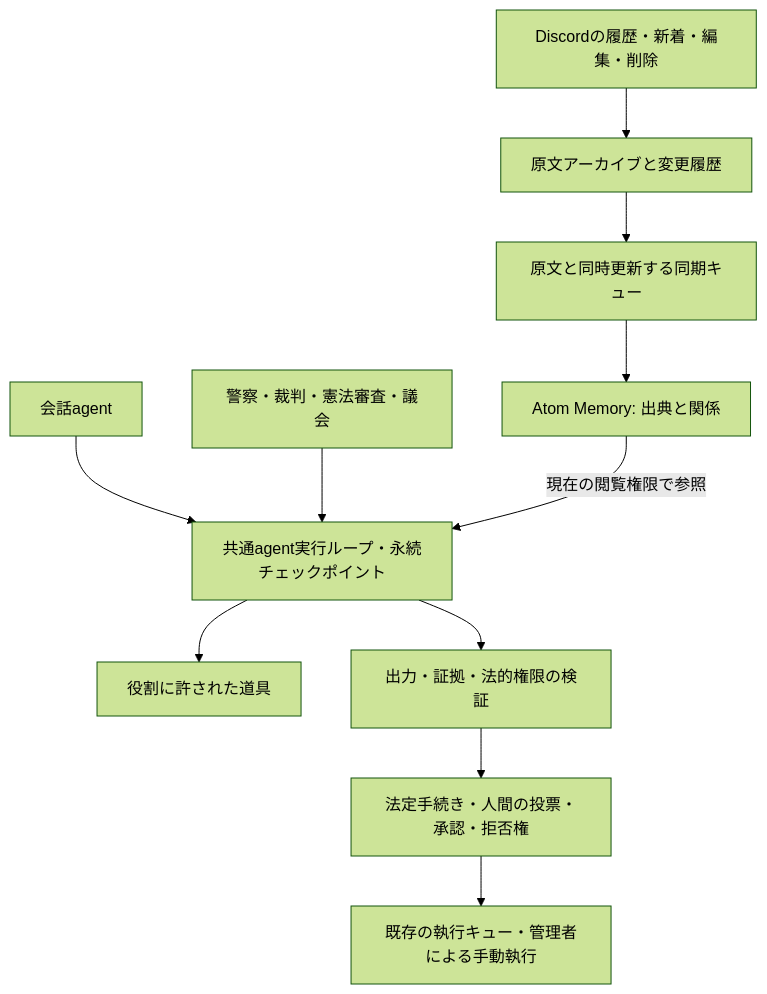
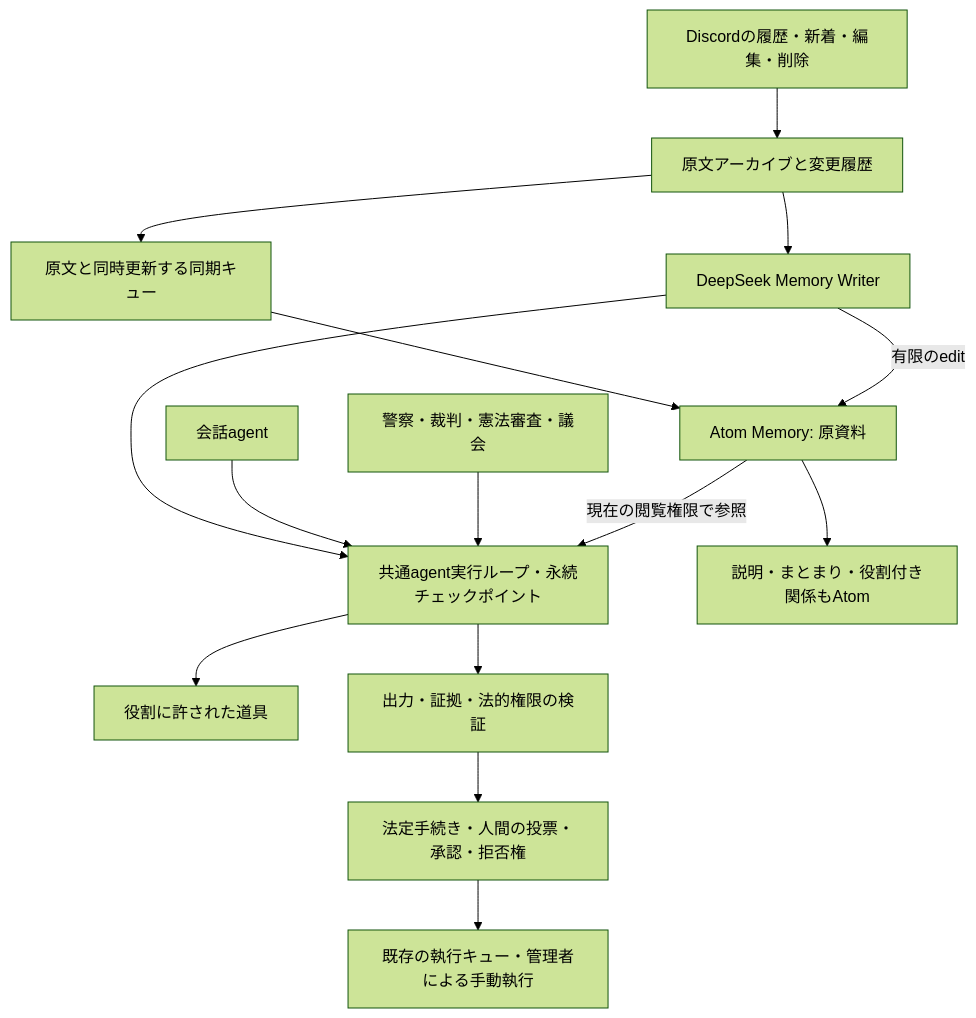
One commit to tako0614/sakana changed the diagram in docs/agent-architecture.md. Above: the diagram before and after it, drawn with Mermaid (forest theme). The commit also changed other lines of this file and 13 other files, not shown here.

Commit message:
feat: organize conversations with a shared DeepSeek Atom writer

````diff
--- a/docs/agent-architecture.md
+++ b/docs/agent-architecture.md
@@ -5,13 +5,17 @@
 ```mermaid
 flowchart TD
   Discord[Discordの履歴・新着・編集・削除] --> Archive[原文アーカイブと変更履歴]
   Archive --> Queue[原文と同時更新する同期キュー]
-  Queue --> Atom[Atom Memory: 出典と関係]
+  Queue --> Atom[Atom Memory: 原資料]
+  Archive --> Writer[DeepSeek Memory Writer]
+  Writer --> Runtime
+  Writer -->|有限のedit| Atom
+  Atom --> Meaning[説明・まとまり・役割付き関係もAtom]
   Chat[会話agent] --> Runtime[共通agent実行ループ・永続チェックポイント]
   Institutions[警察・裁判・憲法審査・議会] --> Runtime
   Atom -->|現在の閲覧権限で参照| Runtime
   Runtime --> Tools[役割に許された道具]
   Runtime --> Validate[出力・証拠・法的権限の検証]
   Validate --> Workflow[法定手続き・人間の投票・承認・拒否権]
   Workflow --> Effects[既存の執行キュー・管理者による手動執行]
 ```
````
